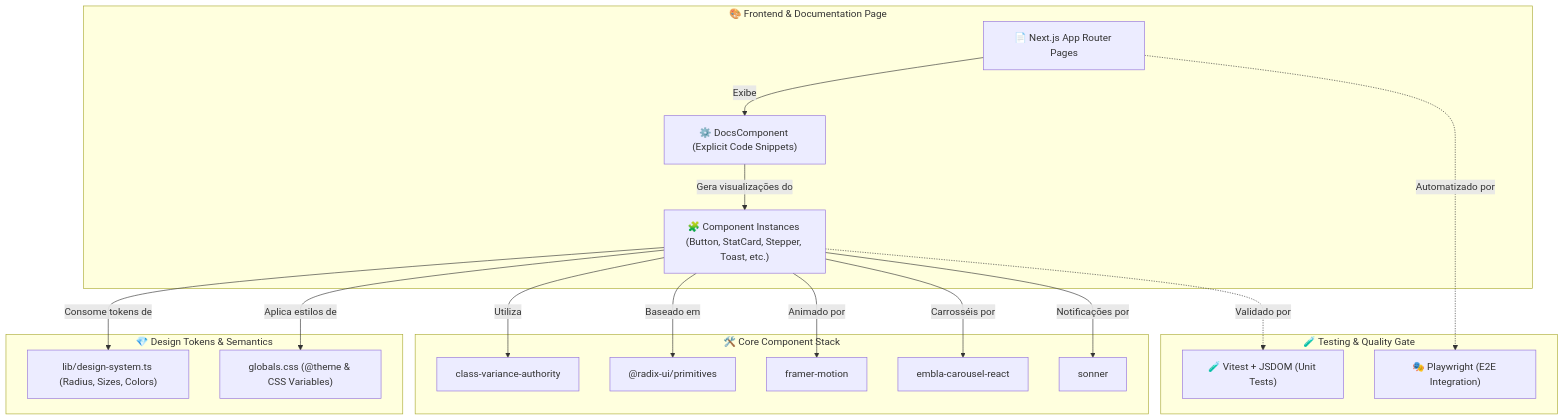
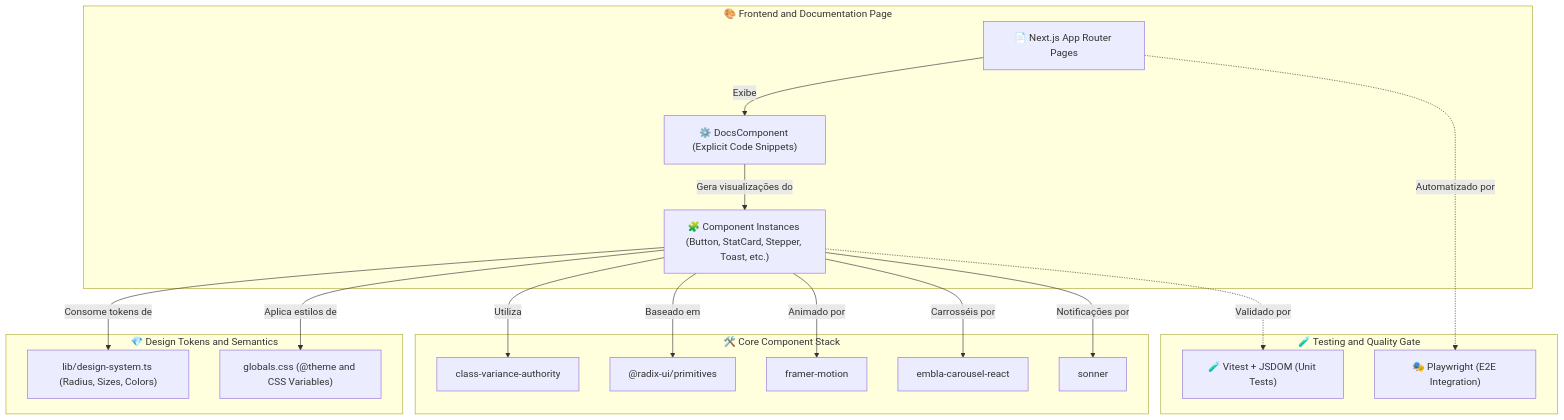
One commit to gui-bus/Bloom changed the first of 2 diagrams in README.md. Above: the diagram before and after it, drawn with Mermaid.

Commit message:
fix(readme): replace ampersands with 'and' in mermaid block to prevent render crash

````diff
--- a/README.md
+++ b/README.md
@@ -100,39 +100,39 @@
 ```mermaid
 graph TB
-    subgraph Client ["🎨 Frontend & Documentation Page"]
+    subgraph Client ["🎨 Frontend and Documentation Page"]
         DocPage["📄 Next.js App Router Pages"]
         DocsComponent["⚙️ DocsComponent (Explicit Code Snippets)"]
         UI["🧩 Component Instances (Button, StatCard, Stepper, Toast, etc.)"]
     end
 
-    subgraph Core ["💎 Design Tokens & Semantics"]
+    subgraph Core ["💎 Design Tokens and Semantics"]
         Tokens["lib/design-system.ts (Radius, Sizes, Colors)"]
-        GlobalsCSS["globals.css (@theme & CSS Variables)"]
+        GlobalsCSS["globals.css (@theme and CSS Variables)"]
     end
 
     subgraph Engine ["🛠️ Core Component Stack"]
         CVA["class-variance-authority"]
         Radix["@radix-ui/primitives"]
         Motion["framer-motion"]
         Embla["embla-carousel-react"]
         Sonner["sonner"]
     end
 
-    subgraph CI ["🧪 Testing & Quality Gate"]
+    subgraph CI ["🧪 Testing and Quality Gate"]
         Vitest["🧪 Vitest + JSDOM (Unit Tests)"]
         Playwright["🎭 Playwright (E2E Integration)"]
     end
 
     DocPage -->|Exibe| DocsComponent
     DocsComponent -->|Gera visualizações do| UI
     UI -->|Consome tokens de| Tokens
     UI -->|Aplica estilos de| GlobalsCSS
     UI -->|Utiliza| CVA
     UI -->|Baseado em| Radix
     UI -->|Animado por| Motion
     UI -->|Carrosséis por| Embla
     UI -->|Notificações por| Sonner
     
     UI -.->|Validado por| Vitest
     DocPage -.->|Automatizado por| Playwright
 ```
````
